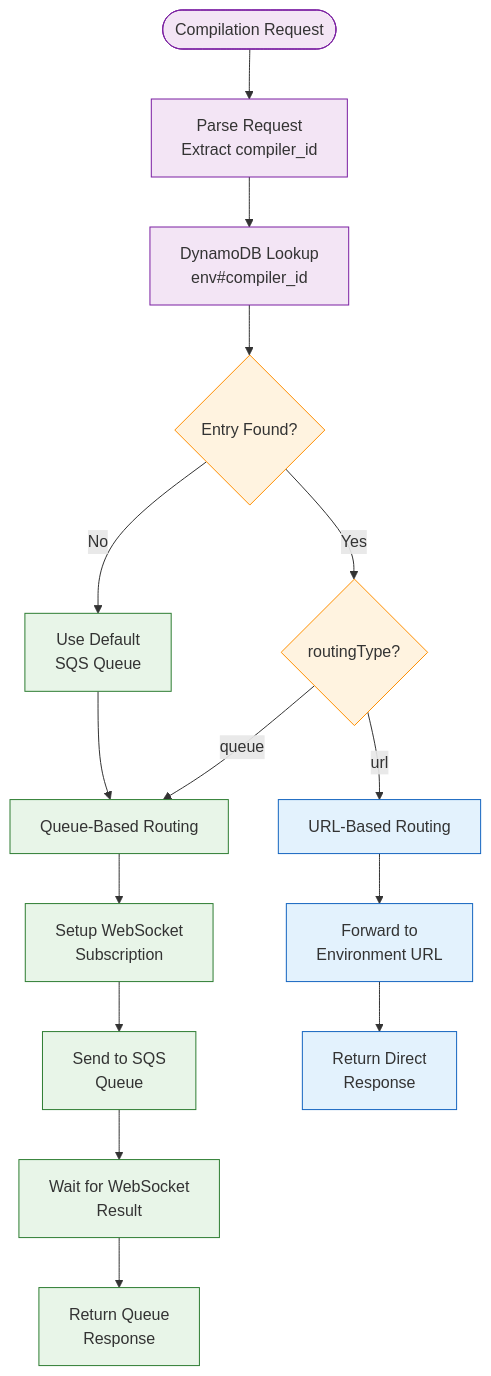
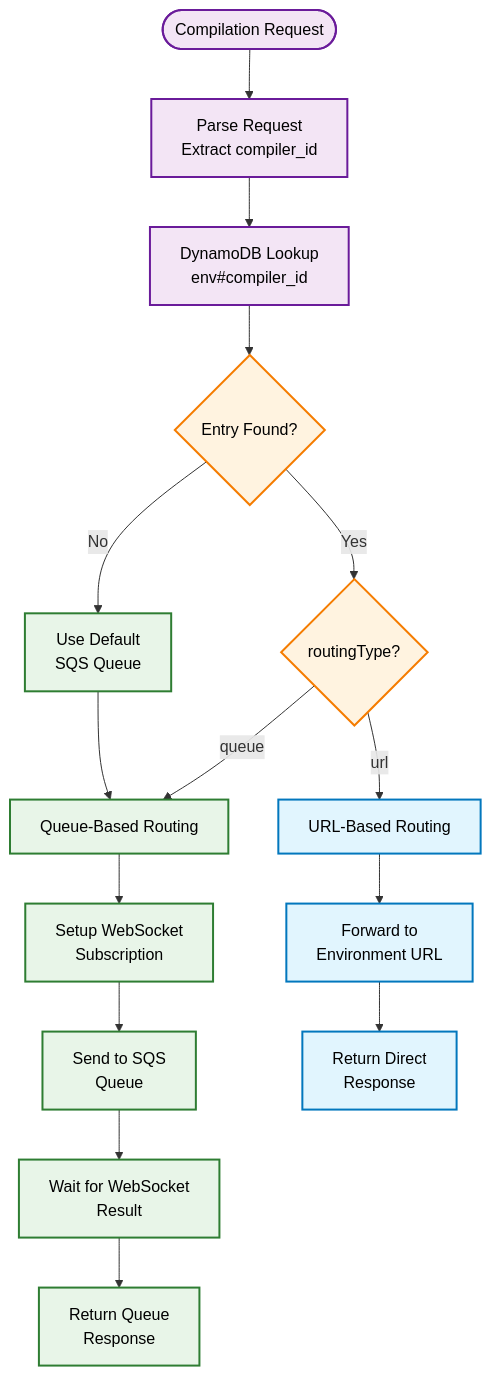
Before and after one commit to compiler-explorer/infra: the fourth of 4 diagrams in docs/lambda_compilation_workflow.md, drawn with Mermaid.

Commit message:
Improve contrast in Hybrid Routing Decision flowchart
- Add explicit black text color (color:#000) for better readability
- Use darker, more saturated stroke colors for clearer boundaries
- Increase stroke width to 2px for better definition
- Adjust URL background color for improved contrast

Addresses accessibility concern with text/background contrast in documentation.

````diff
--- a/docs/lambda_compilation_workflow.md
+++ b/docs/lambda_compilation_workflow.md
@@ -402,32 +402,32 @@
 ```mermaid
 flowchart TD
     Start([Compilation Request]) --> Parse[Parse Request<br/>Extract compiler_id]
     Parse --> Lookup[DynamoDB Lookup<br/>env#compiler_id]
     
     Lookup --> Found{Entry Found?}
     Found -->|No| Default[Use Default<br/>SQS Queue]
     Found -->|Yes| CheckType{routingType?}
     
     CheckType -->|queue| Queue[Queue-Based Routing]
     CheckType -->|url| URL[URL-Based Routing]
     
     Queue --> WebSocket[Setup WebSocket<br/>Subscription]
     WebSocket --> SQS[Send to SQS<br/>Queue]
     SQS --> Wait[Wait for WebSocket<br/>Result]
     Wait --> QueueResponse[Return Queue<br/>Response]
     
     URL --> Forward[Forward to<br/>Environment URL]
     Forward --> URLResponse[Return Direct<br/>Response]
     
     Default --> Queue
     
-    classDef decision fill:#fff3e0,stroke:#ff8f00
-    classDef queue fill:#e8f5e8,stroke:#2e7d32
-    classDef url fill:#e3f2fd,stroke:#1565c0
-    classDef start fill:#f3e5f5,stroke:#7b1fa2
+    classDef decision fill:#fff3e0,stroke:#f57c00,stroke-width:2px,color:#000
+    classDef queue fill:#e8f5e8,stroke:#2e7d32,stroke-width:2px,color:#000
+    classDef url fill:#e1f5fe,stroke:#0277bd,stroke-width:2px,color:#000
+    classDef start fill:#f3e5f5,stroke:#6a1b9a,stroke-width:2px,color:#000
     
     class Found,CheckType decision
     class Queue,WebSocket,SQS,Wait,QueueResponse,Default queue
     class URL,Forward,URLResponse url
     class Start,Parse,Lookup start
 ```
````
